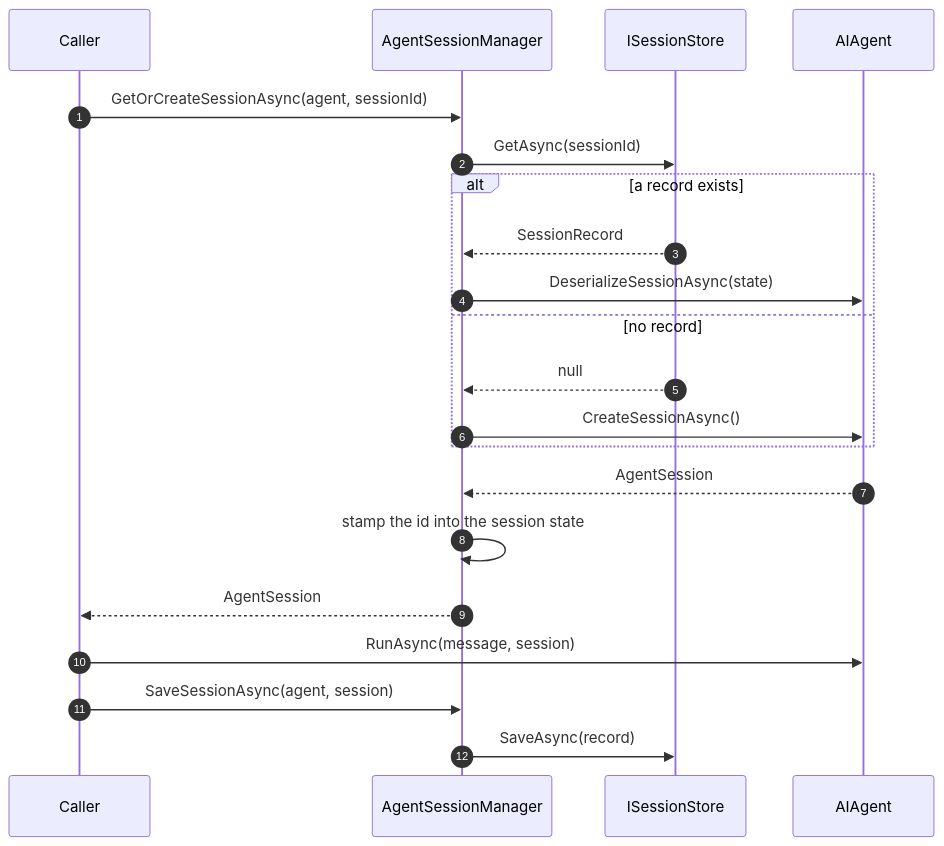
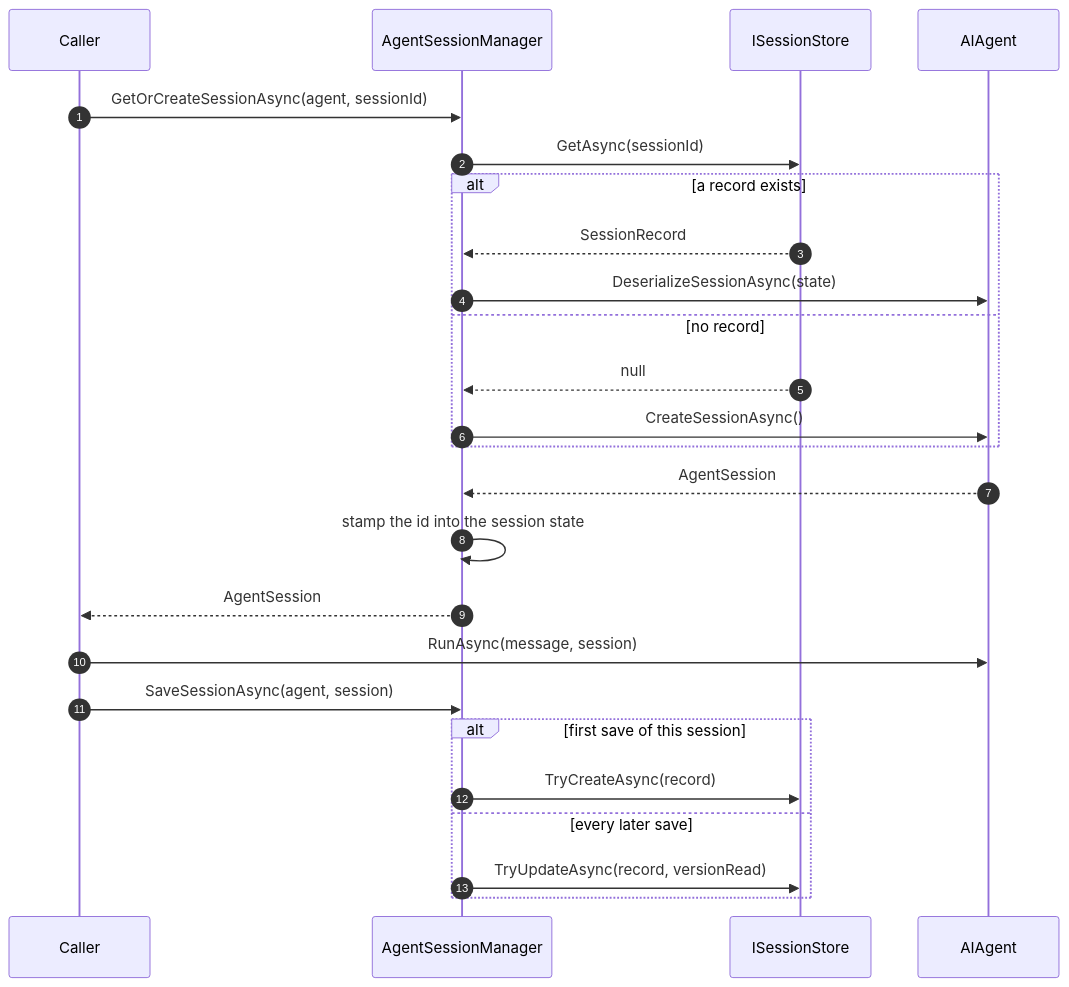
The first of 2 diagrams in docs-site/src/content/docs/concepts/sessions.md (farukatasoy/Tracon), drawn with Mermaid before and after one commit. The commit also changed other lines of this file and 35 other files, not shown here.

````diff
--- a/docs-site/src/content/docs/concepts/sessions.md
+++ b/docs-site/src/content/docs/concepts/sessions.md
@@ -14,27 +14,31 @@
 ```mermaid
 sequenceDiagram
     accTitle: Session conversation lifecycle
     accDescr: A caller sends a session id, AgentPrism loads conversation history, invokes the agent, appends new items, and returns the response.
     autonumber
     participant Caller
     participant Manager as AgentSessionManager
     participant Store as ISessionStore
     participant Agent as AIAgent
 
     Caller->>Manager: GetOrCreateSessionAsync(agent, sessionId)
     Manager->>Store: GetAsync(sessionId)
     alt a record exists
         Store-->>Manager: SessionRecord
         Manager->>Agent: DeserializeSessionAsync(state)
     else no record
         Store-->>Manager: null
         Manager->>Agent: CreateSessionAsync()
     end
     Agent-->>Manager: AgentSession
     Manager->>Manager: stamp the id into the session state
     Manager-->>Caller: AgentSession
 
     Caller->>Agent: RunAsync(message, session)
     Caller->>Manager: SaveSessionAsync(agent, session)
-    Manager->>Store: SaveAsync(record)
+    alt first save of this session
+        Manager->>Store: TryCreateAsync(record)
+    else every later save
+        Manager->>Store: TryUpdateAsync(record, versionRead)
+    end
 ```
````
